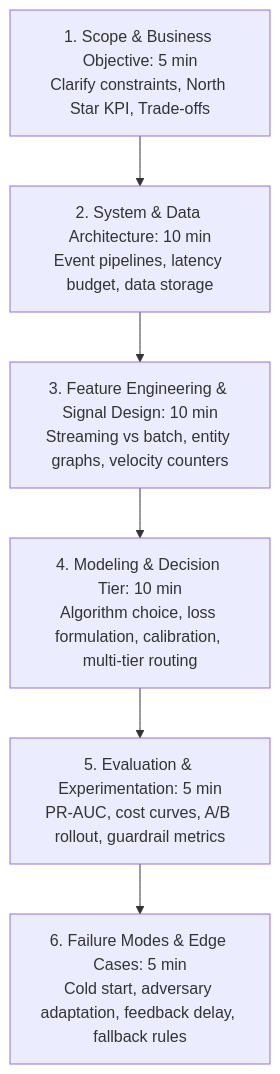
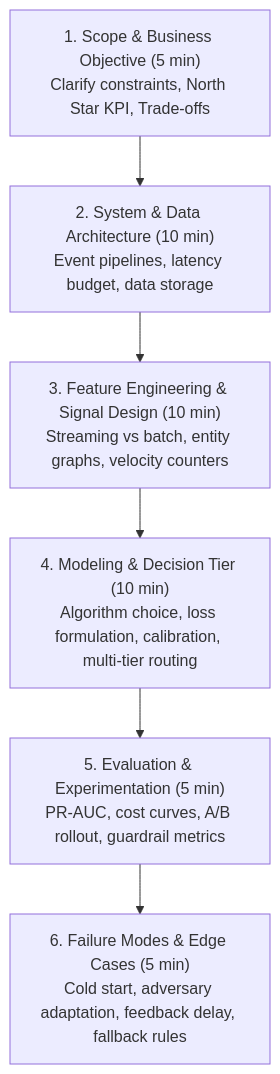
Before and after one commit to Realvincentyuan/fi_ds_interview_prep: the diagram in 06_case_studies/README.md, drawn with Mermaid. The commit also changed 10 other files, not shown here.

Commit message:
Fix Mermaid diagram syntax and quote labels across all markdown files

````diff
--- a/06_case_studies/README.md
+++ b/06_case_studies/README.md
@@ -11,8 +11,8 @@
 ```mermaid
 flowchart TD
-    Step1[1. Scope & Business Objective: 5 min<br/>Clarify constraints, North Star KPI, Trade-offs] --> Step2[2. System & Data Architecture: 10 min<br/>Event pipelines, latency budget, data storage]
-    Step2 --> Step3[3. Feature Engineering & Signal Design: 10 min<br/>Streaming vs batch, entity graphs, velocity counters]
-    Step3 --> Step4[4. Modeling & Decision Tier: 10 min<br/>Algorithm choice, loss formulation, calibration, multi-tier routing]
-    Step4 --> Step5[5. Evaluation & Experimentation: 5 min<br/>PR-AUC, cost curves, A/B rollout, guardrail metrics]
-    Step5 --> Step6[6. Failure Modes & Edge Cases: 5 min<br/>Cold start, adversary adaptation, feedback delay, fallback rules]
+    Step1["1. Scope & Business Objective (5 min)<br/>Clarify constraints, North Star KPI, Trade-offs"] --> Step2["2. System & Data Architecture (10 min)<br/>Event pipelines, latency budget, data storage"]
+    Step2 --> Step3["3. Feature Engineering & Signal Design (10 min)<br/>Streaming vs batch, entity graphs, velocity counters"]
+    Step3 --> Step4["4. Modeling & Decision Tier (10 min)<br/>Algorithm choice, loss formulation, calibration, multi-tier routing"]
+    Step4 --> Step5["5. Evaluation & Experimentation (5 min)<br/>PR-AUC, cost curves, A/B rollout, guardrail metrics"]
+    Step5 --> Step6["6. Failure Modes & Edge Cases (5 min)<br/>Cold start, adversary adaptation, feedback delay, fallback rules"]
 ```
````
